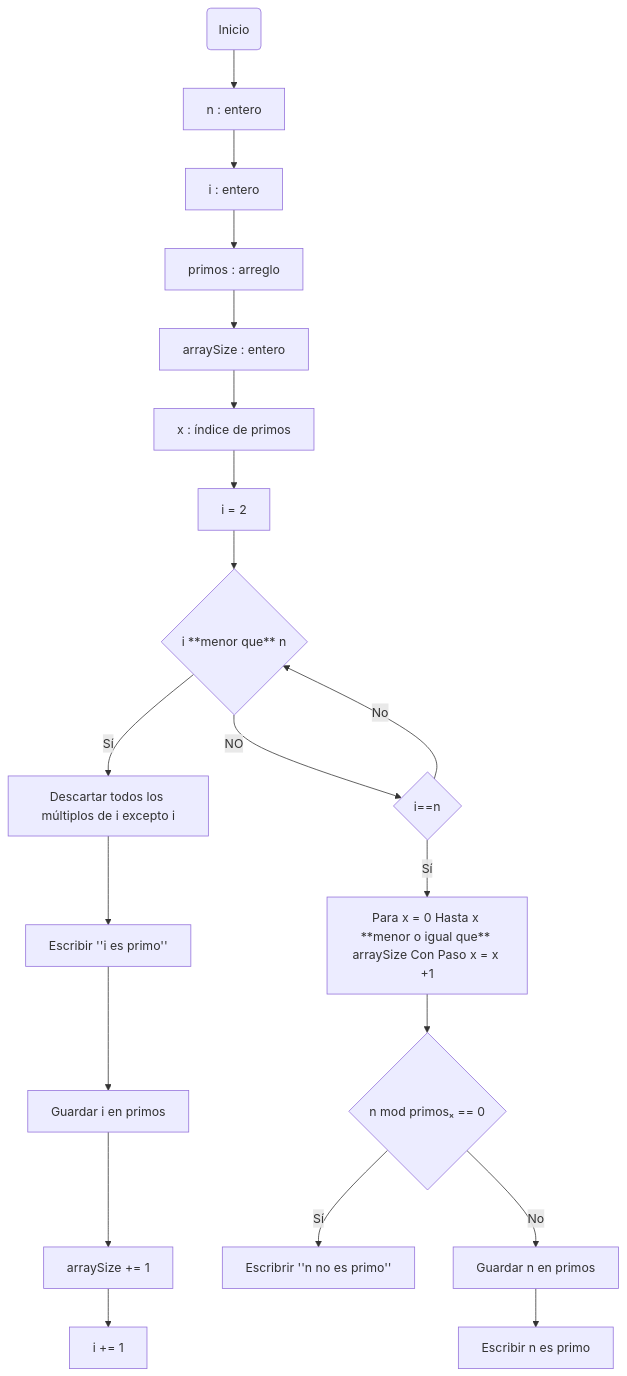
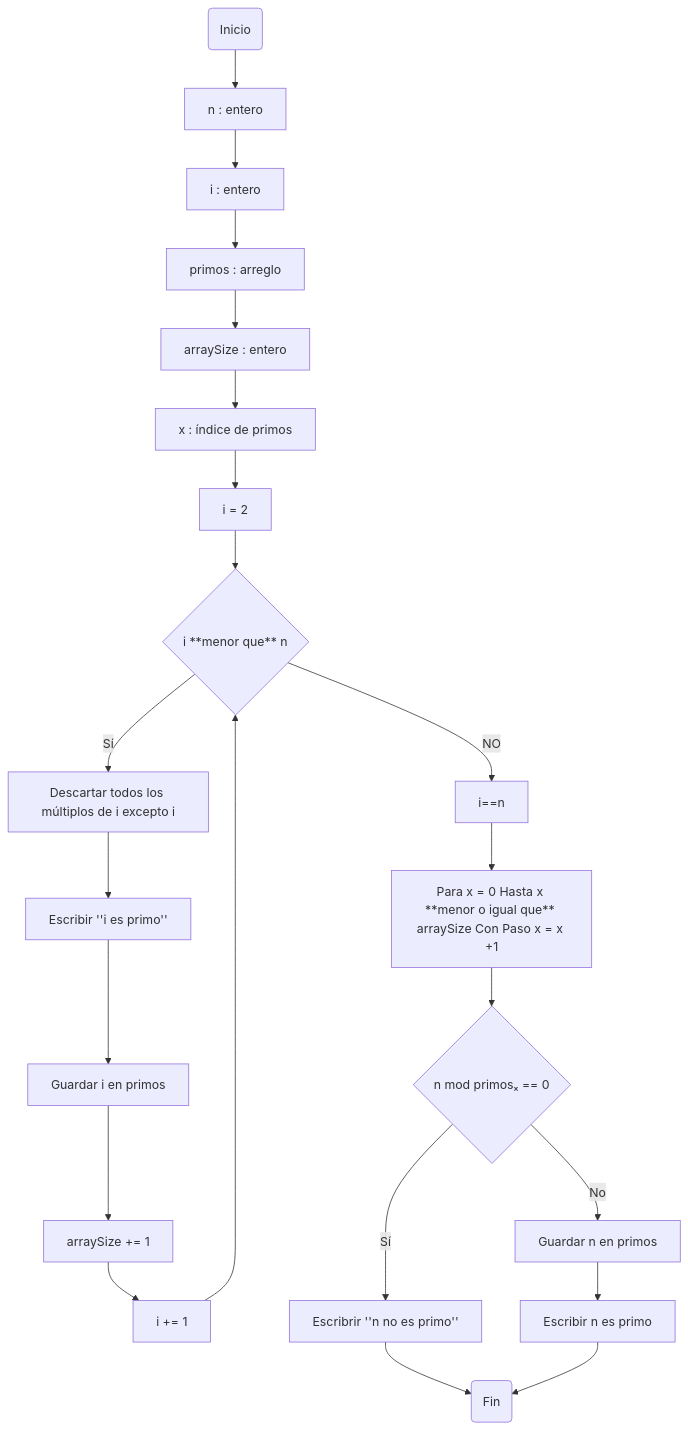
One commit to JuanJoToAl/Reto-no.3 changed the first of 2 diagrams in README.md. Above: the diagram before and after it, drawn with Mermaid. The commit also changed other lines of this file, not shown here.

````diff
--- a/README.md
+++ b/README.md
@@ -32,20 +32,24 @@
 ```mermaid
 flowchart TD;
-    A(Inicio) --> B[n : entero]
+    A(Inicio) --> B[n : entero];
     B-->C;
-    C[i : entero] -->D[primos : arreglo]
+    C[i : entero] -->D[primos : arreglo];
     D-->E;
-    E[arraySize : entero]-->F[x : índice de primos]
+    E[arraySize : entero]-->F[x : índice de primos];
     F --> G;
-    G[i = 2]--> H{i **menor que** n} -- Sí --> I[Descartar todos los múltiplos de i excepto i]
+    G[i = 2]--> H{i **menor que** n} -- Sí --> I[Descartar todos los múltiplos de i excepto i];
     I-->J;
-    J[Escribir ''i es primo'']-->K[Guardar i en primos]
+    J[Escribir ''i es primo'']-->K[Guardar i en primos];
     K-->L;
-    L[arraySize += 1]-->M[i += 1]
-    H-- NO -->N{i==n}-- Sí -->O[Para x = 0 Hasta x **menor o igual que** arraySize Con Paso x = x +1]
-    N-- No -->H;
-    O -->P{n mod primosₓ == 0}-- Sí -->Q[Escribrir ''n no es primo'']
-    P-- No -->R[Guardar n en primos]
+    L[arraySize += 1]-->M[i += 1];
+    M-->H;
+    H-- NO -->N[i==n];
+    N -->O[Para x = 0 Hasta x **menor o igual que** arraySize Con Paso x = x +1];
+    O -->P{n mod primosₓ == 0}-- Sí -->Q[Escribrir ''n no es primo''];
+    P-- No -->R[Guardar n en primos];
     R-->S;
-    S[Escribir n es primo]
+    S[Escribir n es primo];
+    Q-->T;
+    S-->T;
+    T(Fin)
 ```
````
